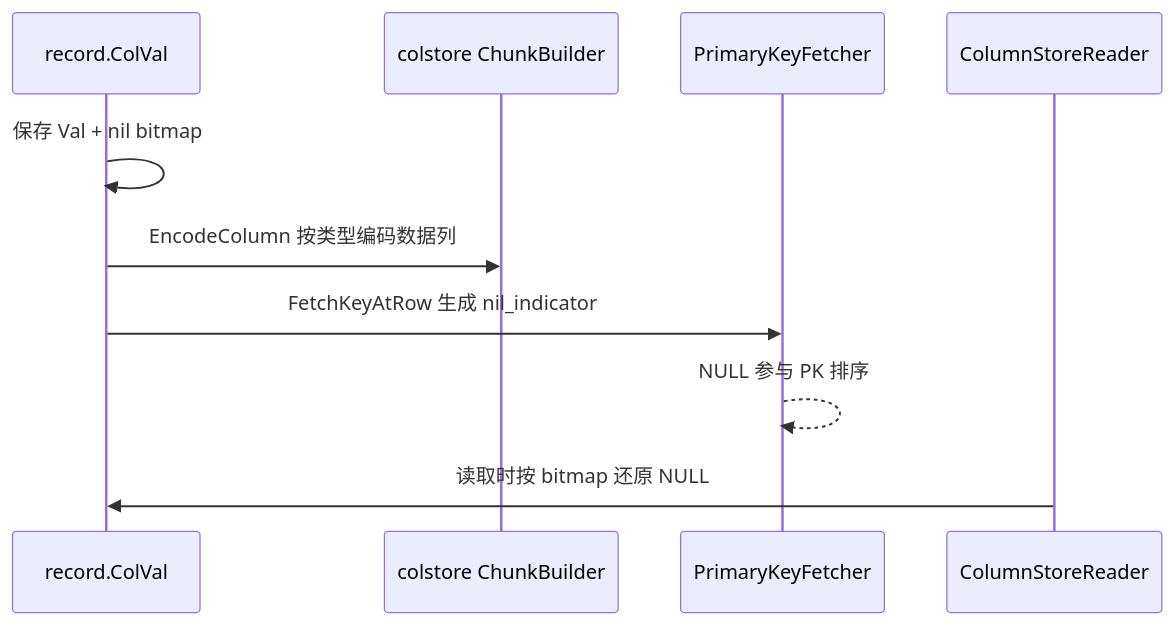
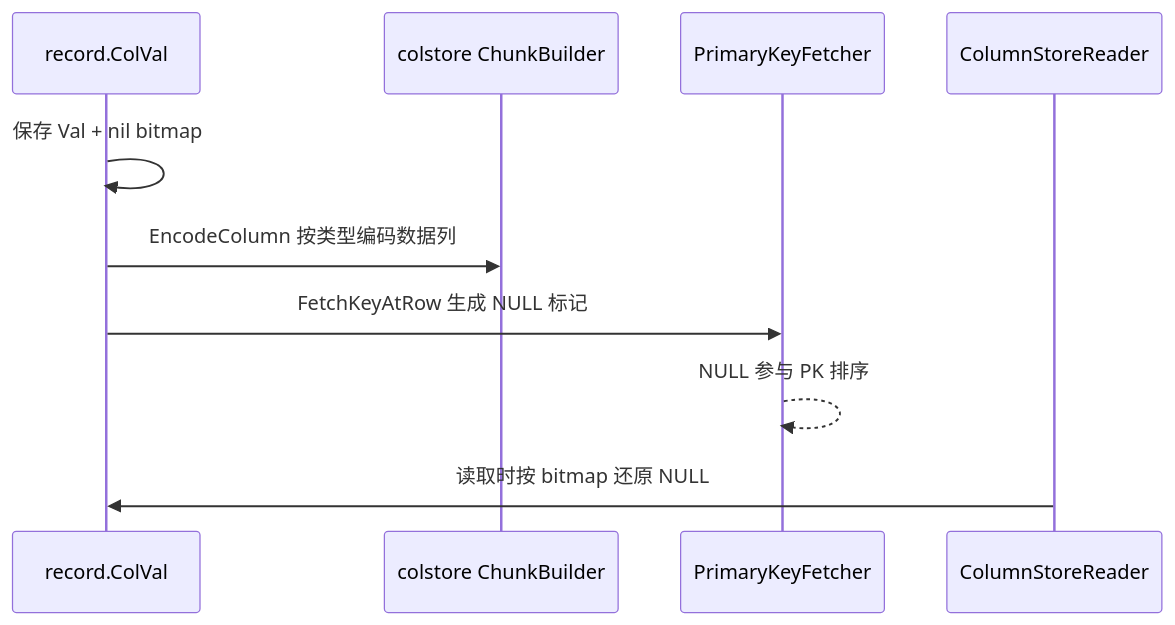
One commit to stefanv5/openGemini changed diagram 11 of 12 in docs/specs/11_column_store_spec.md. Above: the diagram before and after it, drawn with Mermaid. The commit also changed other lines of this file and 37 other files, not shown here.

````diff
--- a/docs/specs/11_column_store_spec.md
+++ b/docs/specs/11_column_store_spec.md
@@ -3116,13 +3202,13 @@
 ```mermaid
 sequenceDiagram
     participant Rec as record.ColVal
     participant Data as colstore ChunkBuilder
     participant PK as PrimaryKeyFetcher
     participant Reader as ColumnStoreReader
 
     Rec->>Rec: 保存 Val + nil bitmap
     Rec->>Data: EncodeColumn 按类型编码数据列
-    Rec->>PK: FetchKeyAtRow 生成 nil_indicator
+    Rec->>PK: FetchKeyAtRow 生成 NULL 标记
     PK-->>PK: NULL 参与 PK 排序
     Reader->>Rec: 读取时按 bitmap 还原 NULL
 ```
````
